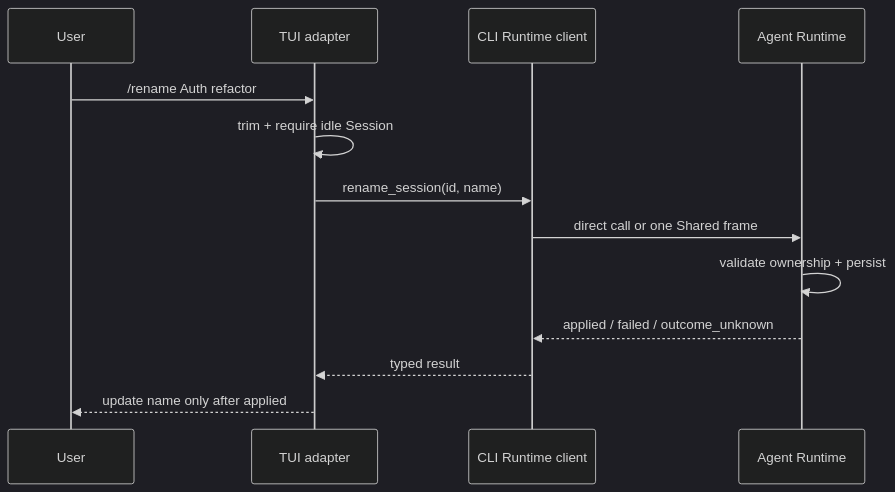
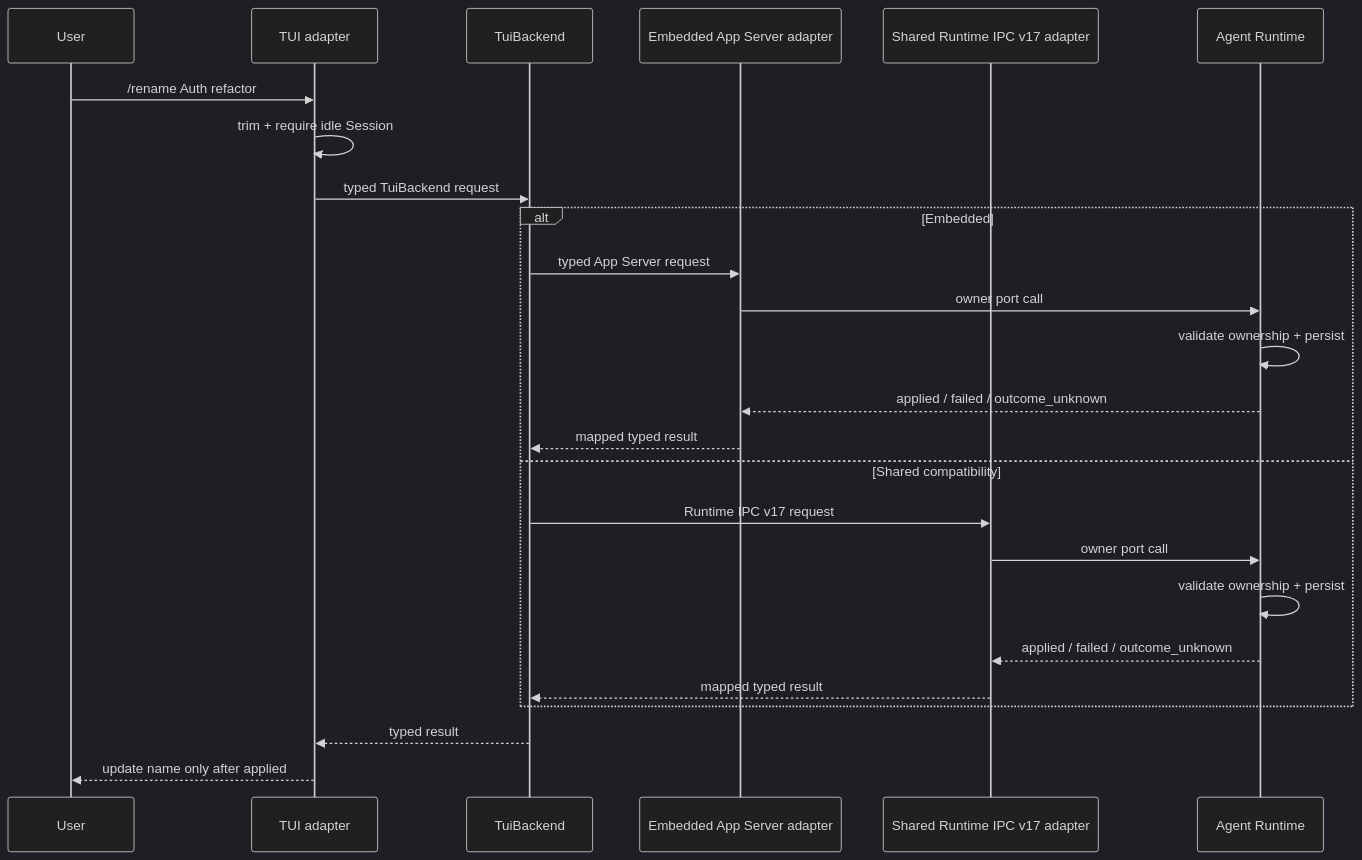
Before and after one commit to 1688mengdie/BitFun: diagram 14 of 15 in docs/architecture/agent-runtime-deployment-design.md, drawn with Mermaid (dark theme). The commit also changed other lines of this file and 87 other files, not shown here.

Commit message:
feat(cli): add app server to cli

````diff
--- a/docs/architecture/agent-runtime-deployment-design.md
+++ b/docs/architecture/agent-runtime-deployment-design.md
@@ -334,16 +402,28 @@
 ```mermaid
 sequenceDiagram
   participant U as User
   participant T as TUI adapter
-  participant C as CLI Runtime client
+  participant B as TuiBackend
+  participant E as Embedded App Server adapter
+  participant S as Shared Runtime IPC v17 adapter
   participant R as Agent Runtime
 
   U->>T: /rename Auth refactor
   T->>T: trim + require idle Session
-  T->>C: rename_session(id, name)
-  C->>R: direct call or one Shared frame
-  R->>R: validate ownership + persist
-  R-->>C: applied / failed / outcome_unknown
-  C-->>T: typed result
+  T->>B: typed TuiBackend request
+  alt Embedded
+    B->>E: typed App Server request
+    E->>R: owner port call
+    R->>R: validate ownership + persist
+    R-->>E: applied / failed / outcome_unknown
+    E-->>B: mapped typed result
+  else Shared compatibility
+    B->>S: Runtime IPC v17 request
+    S->>R: owner port call
+    R->>R: validate ownership + persist
+    R-->>S: applied / failed / outcome_unknown
+    S-->>B: mapped typed result
+  end
+  B-->>T: typed result
   T-->>U: update name only after applied
 ```
````
